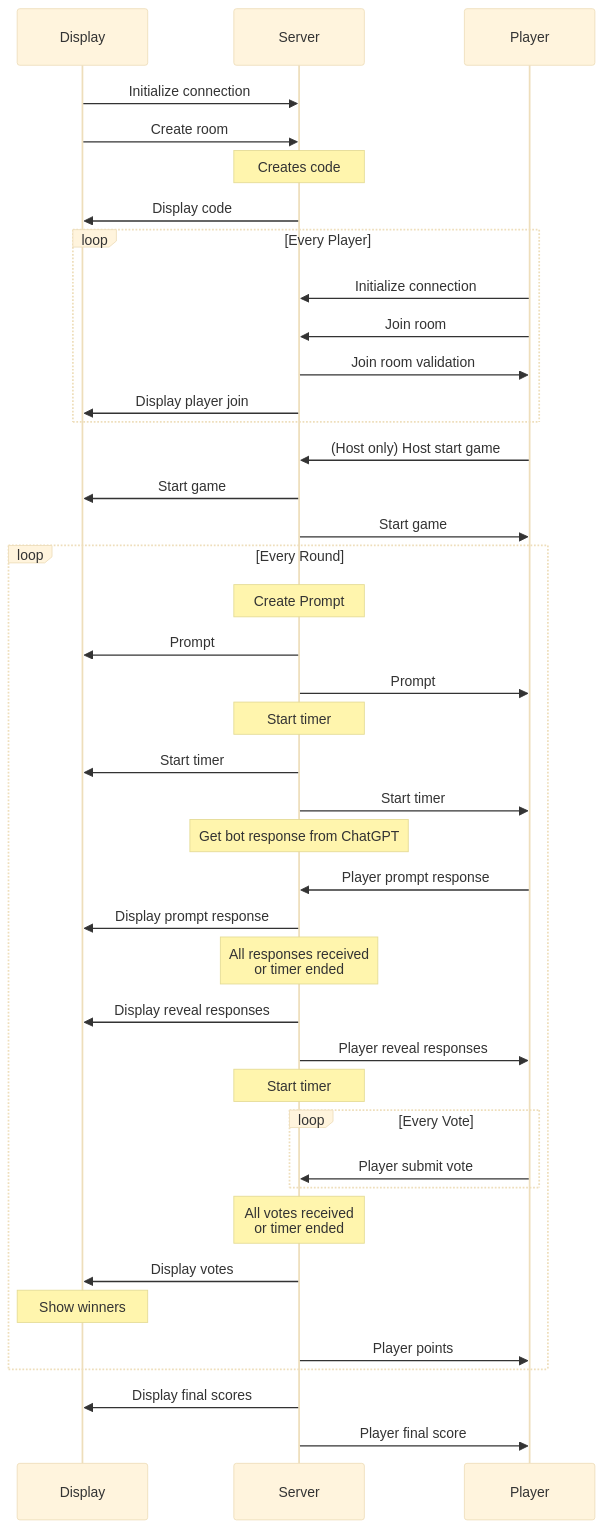
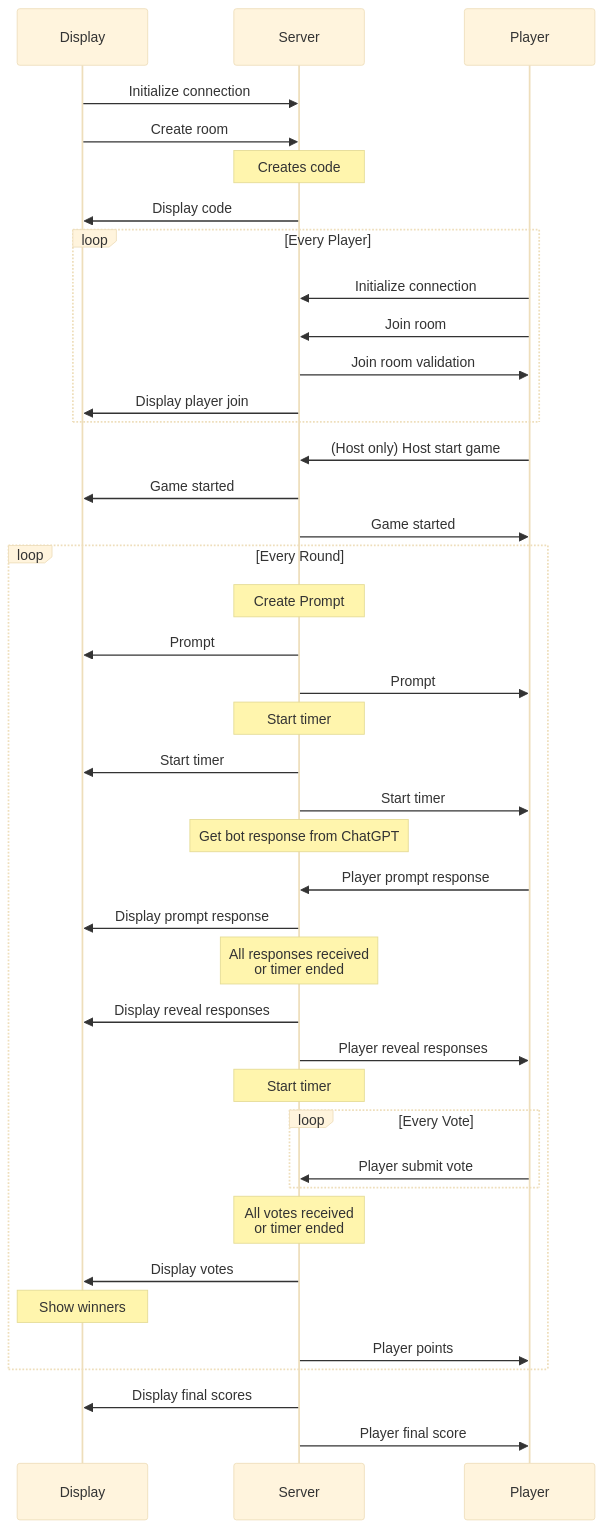
One commit to ArKade523/botornot-copy changed the diagram in README.md. Above: the diagram before and after it, drawn with Mermaid (base theme). The commit also changed other lines of this file, not shown here.

Commit message:
fixed messages in readme

````diff
--- a/README.md
+++ b/README.md
@@ -3,44 +3,44 @@
 ```mermaid
 sequenceDiagram
     participant Display
     participant Server
     participant Player
     
     Display ->> Server: Initialize connection
     Display ->> Server: Create room
     Note over Server: Creates code
     Server ->> Display: Display code
     loop Every Player
         Player ->> Server: Initialize connection
         Player ->> Server: Join room
         Server ->> Player: Join room validation
         Server ->> Display: Display player join
     end
     Player ->> Server: (Host only) Host start game
-    Server ->> Display: Start game
-    Server ->> Player: Start game
+    Server ->> Display: Game started
+    Server ->> Player: Game started
     loop Every Round
         Note over Server : Create Prompt
         Server ->> Display: Prompt
         Server ->> Player: Prompt
         Note over Server: Start timer
         Server ->> Display: Start timer
         Server ->> Player: Start timer
         Note over Server: Get bot response from ChatGPT
         Player ->> Server: Player prompt response
         Server ->> Display: Display prompt response
         Note over Server: All responses received<br />or timer ended
         Server ->> Display: Display reveal responses
         Server ->> Player: Player reveal responses
         Note over Server: Start timer
         loop Every Vote
             Player ->> Server: Player submit vote
         end
         Note over Server: All votes received<br />or timer ended
         Server ->> Display: Display votes
         Note over Display: Show winners
         Server ->> Player: Player points
     end
     Server ->> Display: Display final scores
     Server ->> Player: Player final score
 ```
````
